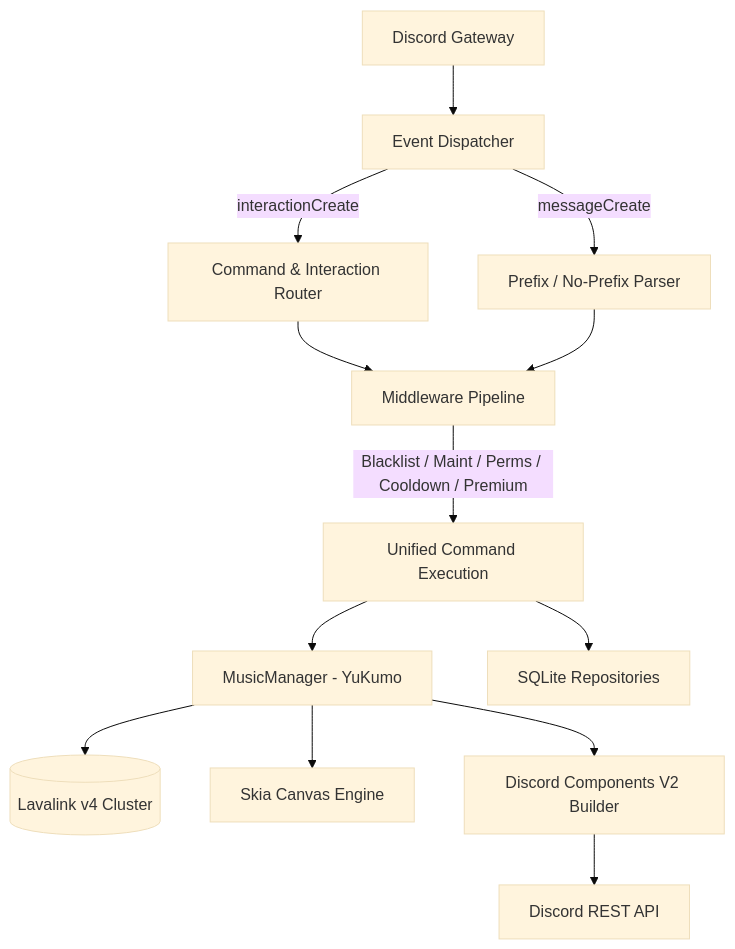
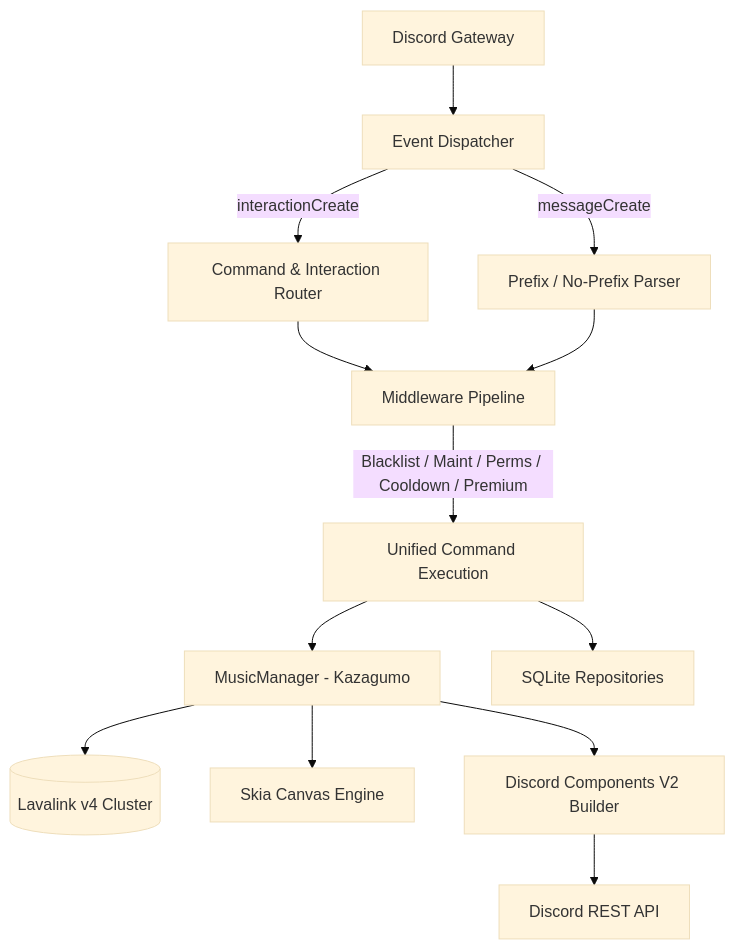
Before and after one commit to Nex-Devz/Kira-Music: the diagram in Readme.md, drawn with Mermaid (base theme). The commit also changed other lines of this file and 14 other files, not shown here.

Commit message:
feat: implement interaction router and music management system using Kazagumo for Lavalink v4 integration

````diff
--- a/Readme.md
+++ b/Readme.md
@@ -80,20 +80,20 @@
 ```mermaid
 graph TD
     Client[Discord Gateway] --> Router[Event Dispatcher]
     Router --> |interactionCreate| SlashRouter[Command & Interaction Router]
     Router --> |messageCreate| MsgParser[Prefix / No-Prefix Parser]
     
     SlashRouter --> Pipeline[Middleware Pipeline]
     MsgParser --> Pipeline
     
     Pipeline --> |Blacklist / Maint / Perms / Cooldown / Premium| CommandExec[Unified Command Execution]
     
-    CommandExec --> MusicMgr[MusicManager - YuKumo]
+    CommandExec --> MusicMgr[MusicManager - Kazagumo]
     CommandExec --> Database[SQLite Repositories]
     
     MusicMgr --> Lavalink[(Lavalink v4 Cluster)]
     MusicMgr --> Canvas[Skia Canvas Engine]
     MusicMgr --> UIBuilder[Discord Components V2 Builder]
     
     UIBuilder --> DiscordAPI[Discord REST API]
 ```
````
